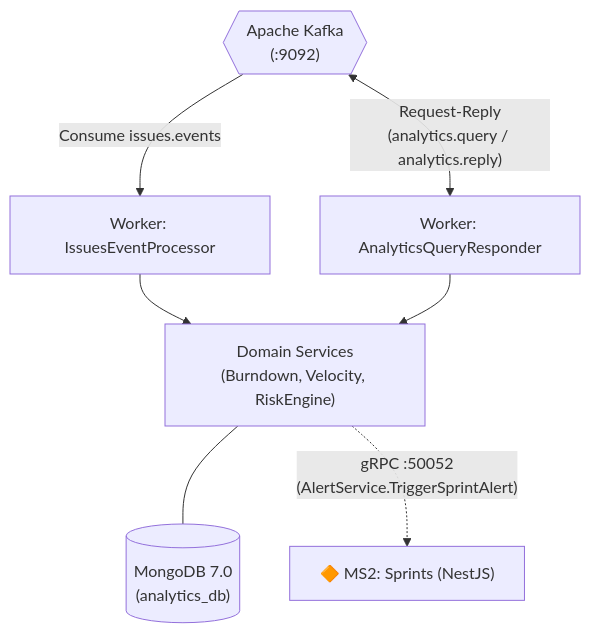
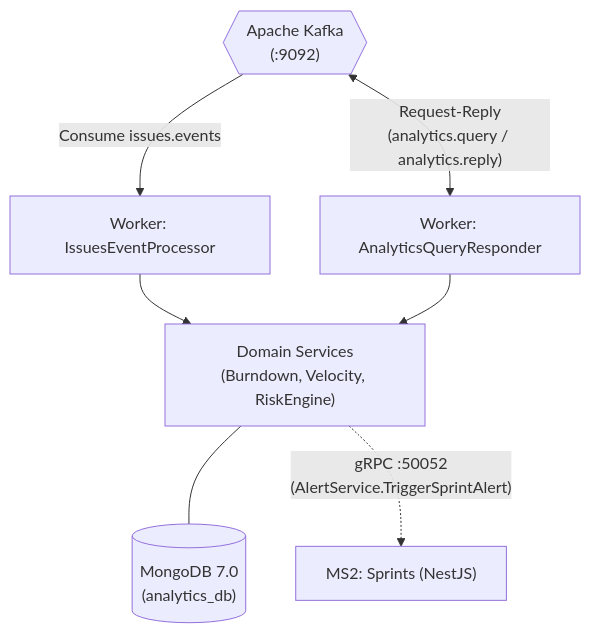
Before and after one commit to ElMatsiii/jira-analytics-dotnet: the diagram in README.md, drawn with Mermaid. The commit also changed other lines of this file, not shown here.

````diff
--- a/README.md
+++ b/README.md
@@ -15,14 +15,14 @@
 ```mermaid
 flowchart TD
     KAFKA{{"Apache Kafka\n(:9092)"}}
     
     KAFKA -->|"Consume issues.events"| W1["Worker: IssuesEventProcessor"]
     KAFKA <-->|"Request-Reply\n(analytics.query / analytics.reply)"| W2["Worker: AnalyticsQueryResponder"]
     
     W1 --> DOM["Domain Services\n(Burndown, Velocity, RiskEngine)"]
     W2 --> DOM
     
     DOM --- MONGODB[("MongoDB 7.0\n(analytics_db)")]
     
-    DOM -.->|"gRPC :50052\n(AlertService.TriggerSprintAlert)"| NEST["🔶 MS2: Sprints (NestJS)"]
+    DOM -.->|"gRPC :50052\n(AlertService.TriggerSprintAlert)"| NEST["MS2: Sprints (NestJS)"]
 ```
````
